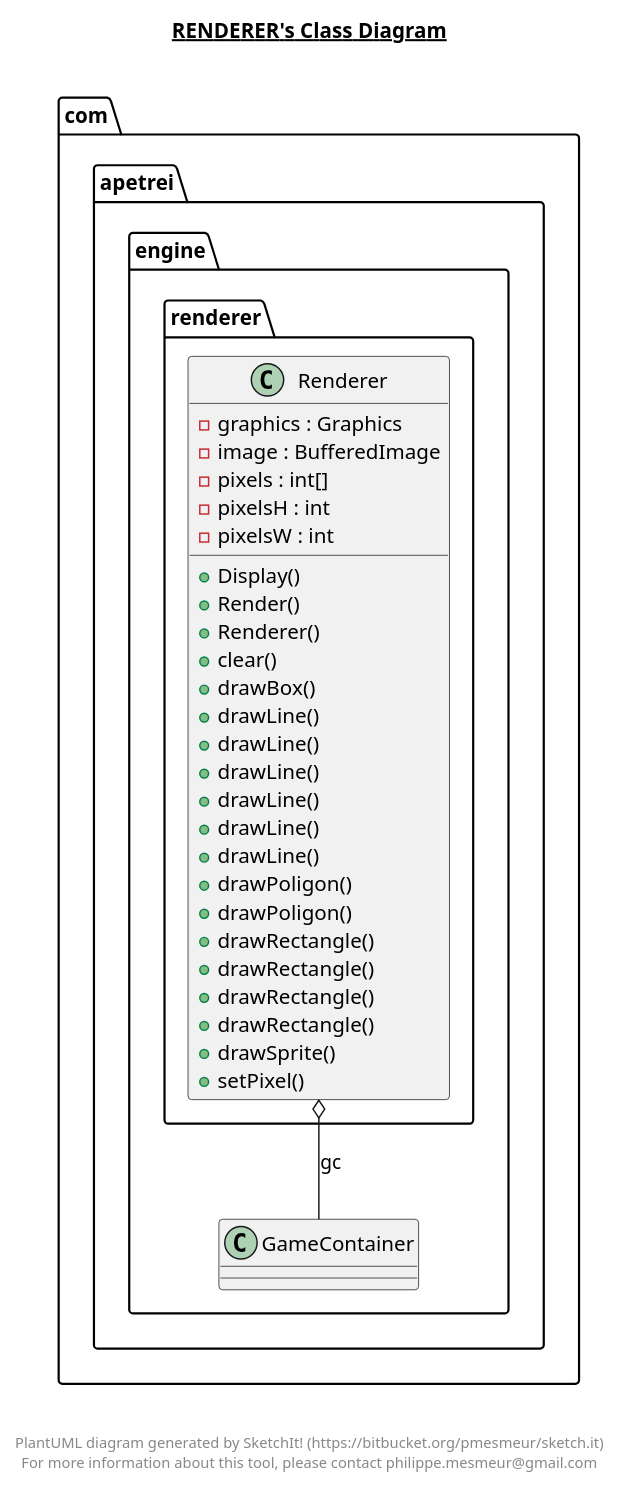
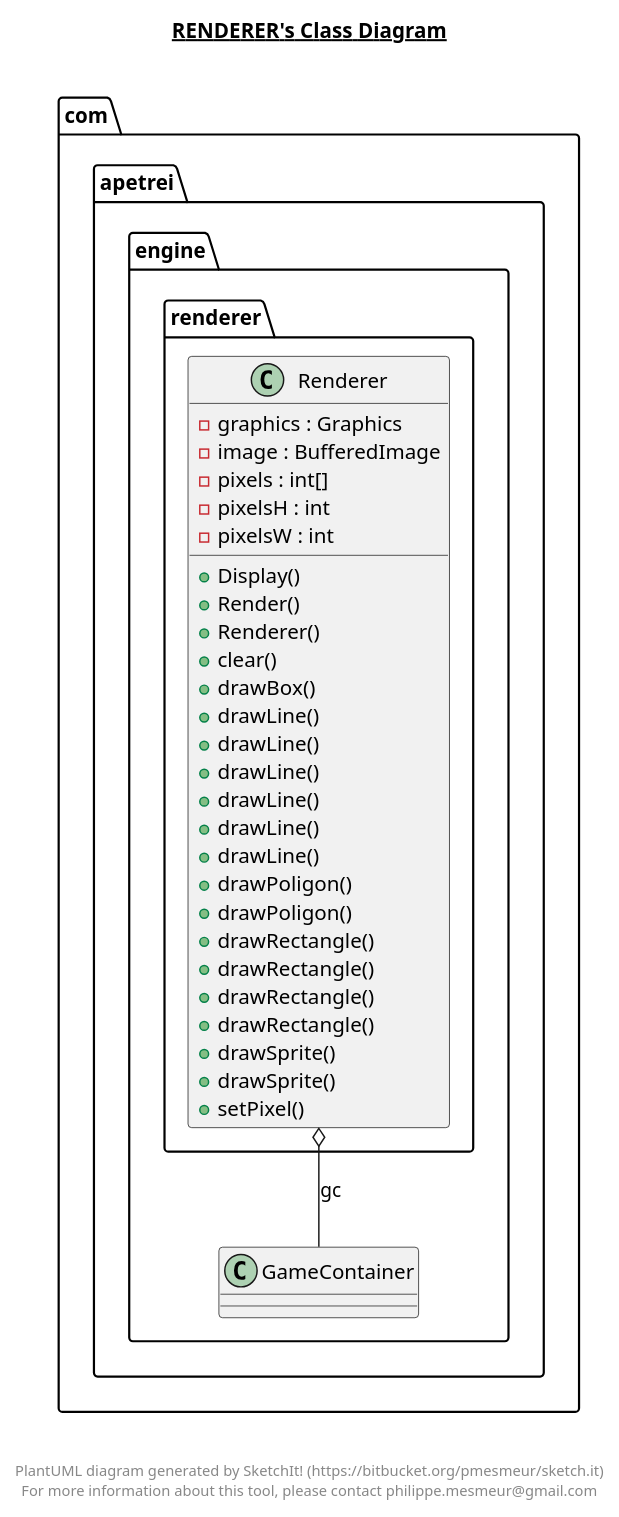
Before and after one commit to TheWiseWolfy/Wild-Sky: the diagram in out/production/Skewed Engine/com/apetrei/engine/renderer/renderer.plantuml, drawn with PlantUML. The commit also changed 58 other files, not shown here.

```diff
--- a/out/production/Skewed Engine/com/apetrei/engine/renderer/renderer.plantuml
+++ b/out/production/Skewed Engine/com/apetrei/engine/renderer/renderer.plantuml
@@ -1,47 +1,48 @@
 @startuml
 
 title __RENDERER's Class Diagram__\n
 
   namespace com.apetrei.engine {
     namespace renderer {
       class com.apetrei.engine.renderer.Renderer {
           - graphics : Graphics
           - image : BufferedImage
           - pixels : int[]
           - pixelsH : int
           - pixelsW : int
           + Display()
           + Render()
           + Renderer()
           + clear()
           + drawBox()
           + drawLine()
           + drawLine()
           + drawLine()
           + drawLine()
           + drawLine()
           + drawLine()
           + drawPoligon()
           + drawPoligon()
           + drawRectangle()
           + drawRectangle()
           + drawRectangle()
           + drawRectangle()
           + drawSprite()
+          + drawSprite()
           + setPixel()
       }
     }
   }
   
 
   com.apetrei.engine.renderer.Renderer o-- com.apetrei.engine.GameContainer : gc
 
 
 right footer
 
 
 PlantUML diagram generated by SketchIt! (https://bitbucket.org/pmesmeur/sketch.it)
 For more information about this tool, please contact philippe.mesmeur@gmail.com
 endfooter
 
 @enduml
```
